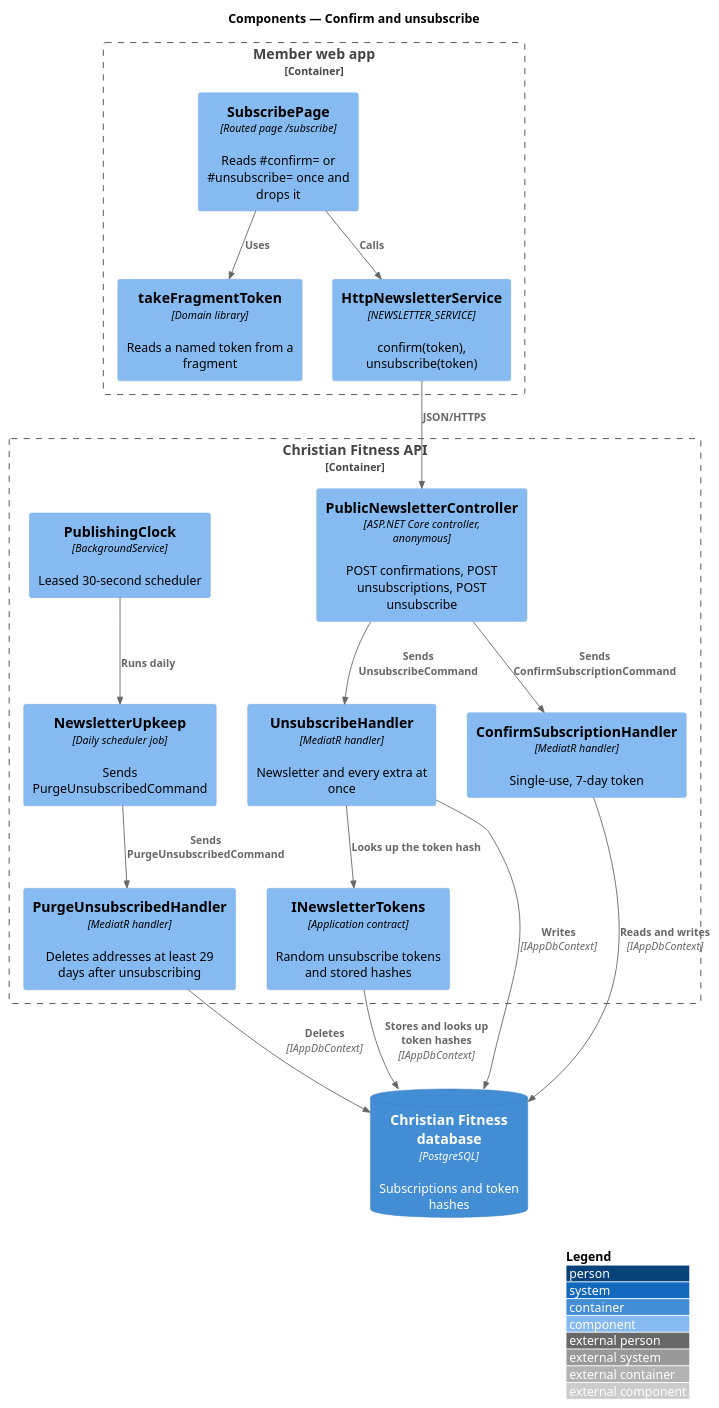
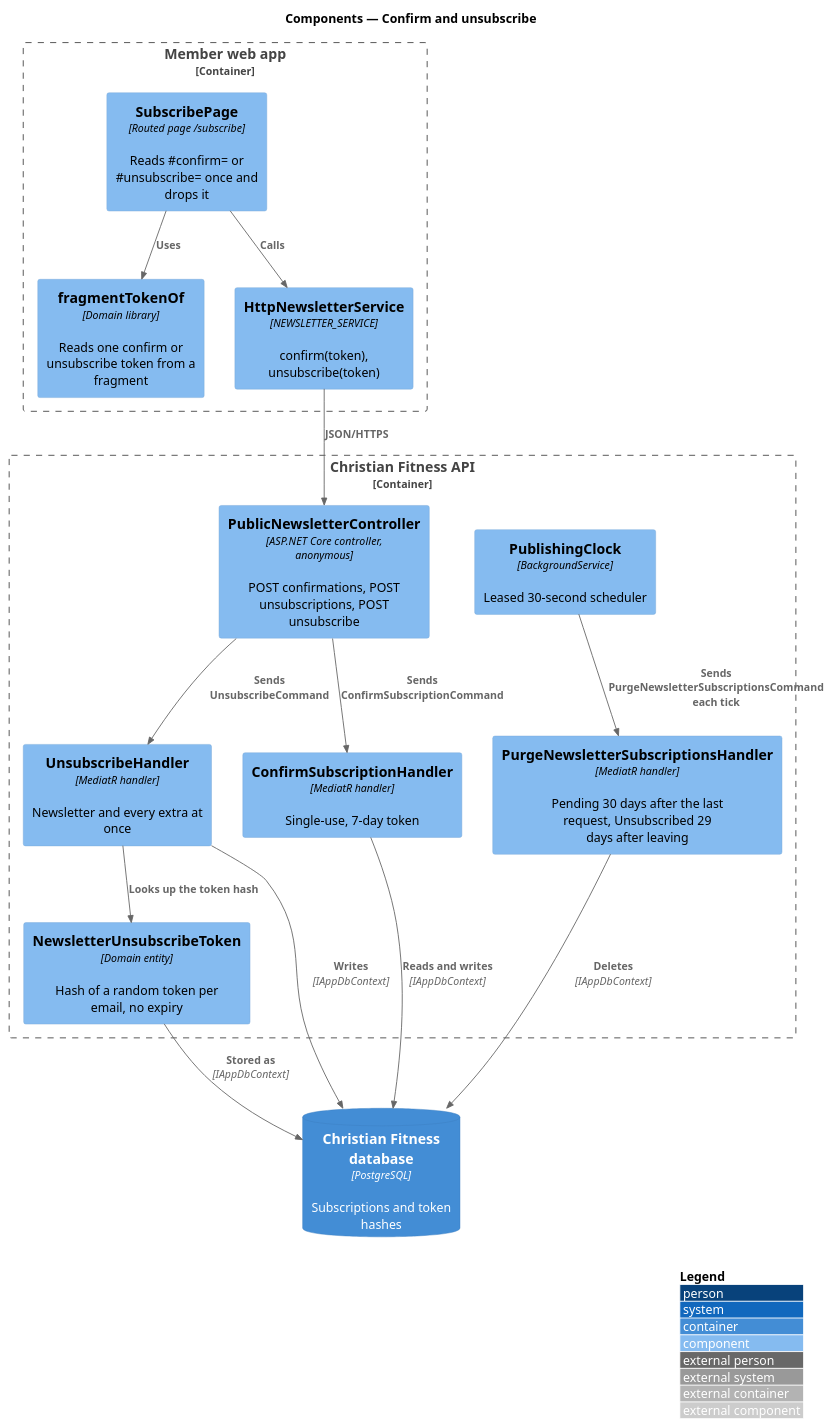
One commit to QuinntyneBrown/christian-fitness changed the diagram in docs/detailed-designs/news/confirm-and-unsubscribe/diagrams/c4-component.puml. Above: the diagram before and after it, drawn with PlantUML. The commit also changed 43 other files, not shown here.

```diff
--- a/docs/detailed-designs/news/confirm-and-unsubscribe/diagrams/c4-component.puml
+++ b/docs/detailed-designs/news/confirm-and-unsubscribe/diagrams/c4-component.puml
@@ -1,33 +1,31 @@
 @startuml
 !include <C4/C4_Component>
 LAYOUT_WITH_LEGEND()
 title Components — Confirm and unsubscribe
 
 Container_Boundary(web, "Member web app") {
   Component(page, "SubscribePage", "Routed page /subscribe", "Reads #confirm= or #unsubscribe= once and drops it")
-  Component(frag, "takeFragmentToken", "Domain library", "Reads a named token from a fragment")
+  Component(frag, "fragmentTokenOf", "Domain library", "Reads one confirm or unsubscribe token from a fragment")
   Component(client, "HttpNewsletterService", "NEWSLETTER_SERVICE", "confirm(token), unsubscribe(token)")
 }
 Container_Boundary(api, "Christian Fitness API") {
   Component(ctrl, "PublicNewsletterController", "ASP.NET Core controller, anonymous", "POST confirmations, POST unsubscriptions, POST unsubscribe")
   Component(confirm, "ConfirmSubscriptionHandler", "MediatR handler", "Single-use, 7-day token")
   Component(unsub, "UnsubscribeHandler", "MediatR handler", "Newsletter and every extra at once")
-  Component(tokens, "INewsletterTokens", "Application contract", "Random unsubscribe tokens and stored hashes")
+  Component(tokens, "NewsletterUnsubscribeToken", "Domain entity", "Hash of a random token per email, no expiry")
   Component(clock, "PublishingClock", "BackgroundService", "Leased 30-second scheduler")
-  Component(upkeep, "NewsletterUpkeep", "Daily scheduler job", "Sends PurgeUnsubscribedCommand")
-  Component(purge, "PurgeUnsubscribedHandler", "MediatR handler", "Deletes addresses at least 29 days after unsubscribing")
+  Component(purge, "PurgeNewsletterSubscriptionsHandler", "MediatR handler", "Pending 30 days after the last request, Unsubscribed 29 days after leaving")
 }
 ContainerDb(db, "Christian Fitness database", "PostgreSQL", "Subscriptions and token hashes")
 Rel(page, frag, "Uses")
 Rel(page, client, "Calls")
 Rel(client, ctrl, "JSON/HTTPS")
 Rel(ctrl, confirm, "Sends ConfirmSubscriptionCommand")
 Rel(ctrl, unsub, "Sends UnsubscribeCommand")
 Rel(unsub, tokens, "Looks up the token hash")
-Rel(tokens, db, "Stores and looks up token hashes", "IAppDbContext")
-Rel(clock, upkeep, "Runs daily")
-Rel(upkeep, purge, "Sends PurgeUnsubscribedCommand")
+Rel(tokens, db, "Stored as", "IAppDbContext")
+Rel(clock, purge, "Sends PurgeNewsletterSubscriptionsCommand each tick")
 Rel(confirm, db, "Reads and writes", "IAppDbContext")
 Rel(unsub, db, "Writes", "IAppDbContext")
 Rel(purge, db, "Deletes", "IAppDbContext")
 @enduml
```
